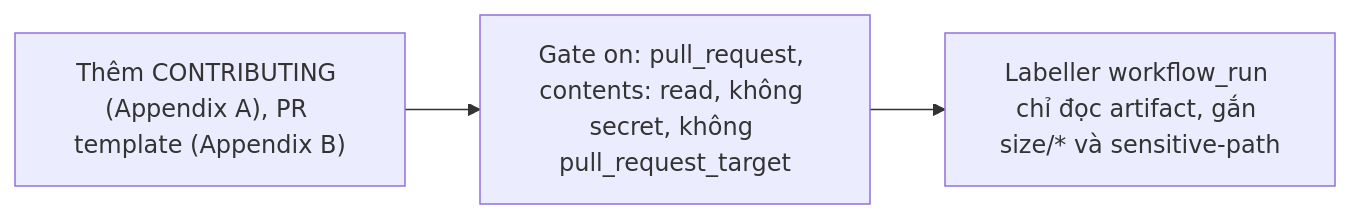
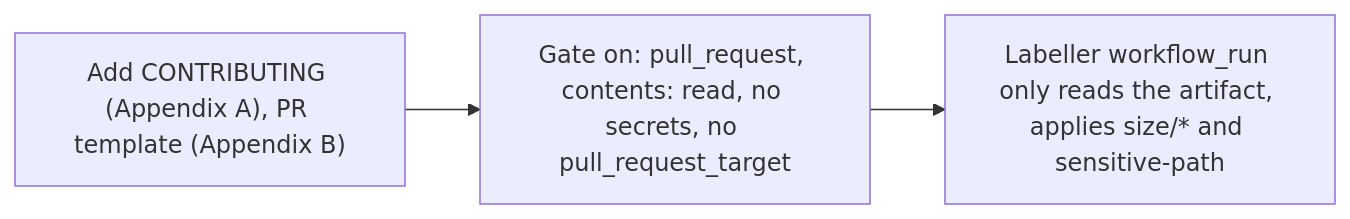
Before and after one commit to jangtrinh/design-os-studio: the diagram in plans/specs/v0.7-effects-export/us/US-12.md, drawn with Mermaid. The commit also changed other lines of this file and 38 other files, not shown here.

````diff
--- a/plans/specs/v0.7-effects-export/us/US-12.md
+++ b/plans/specs/v0.7-effects-export/us/US-12.md
@@ -42,5 +42,5 @@
 ```mermaid
 flowchart LR
-  A["Thêm CONTRIBUTING (Appendix A), PR template (Appendix B)"] --> B["Gate on: pull_request, contents: read, không secret, không pull_request_target"]
-  B --> C["Labeller workflow_run chỉ đọc artifact, gắn size/* và sensitive-path"]
+  A["Add CONTRIBUTING (Appendix A), PR template (Appendix B)"] --> B["Gate on: pull_request, contents: read, no secrets, no pull_request_target"]
+  B --> C["Labeller workflow_run only reads the artifact, applies size/* and sensitive-path"]
 ```
````
